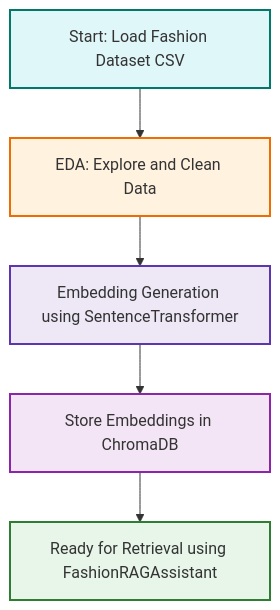
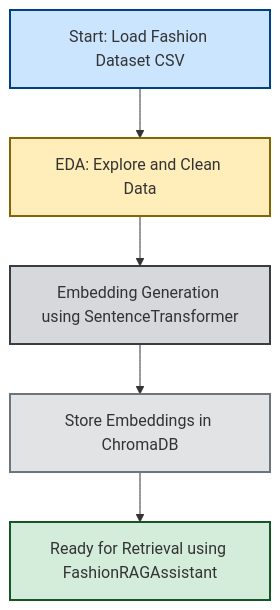
Before and after one commit to dsharma3/FashionAIRAGAssistant: the first of 2 diagrams in README.md, drawn with Mermaid. The commit also changed other lines of this file, not shown here.

````diff
--- a/README.md
+++ b/README.md
@@ -97,13 +97,13 @@
 ```mermaid
 graph TD
     A[Start: Load Fashion Dataset CSV] --> B[EDA: Explore and Clean Data]
     B --> C[Embedding Generation using SentenceTransformer]
     C --> D[Store Embeddings in ChromaDB]
     D --> E[Ready for Retrieval using FashionRAGAssistant]
 
-    style A fill:#e0f7fa,stroke:#00796b,stroke-width:2px
-    style B fill:#fff3e0,stroke:#ef6c00,stroke-width:2px
-    style C fill:#ede7f6,stroke:#5e35b1,stroke-width:2px
-    style D fill:#f3e5f5,stroke:#8e24aa,stroke-width:2px
-    style E fill:#e8f5e9,stroke:#2e7d32,stroke-width:2px
+    style A fill:#cce5ff,stroke:#004085,stroke-width:2px
+    style B fill:#ffeeba,stroke:#856404,stroke-width:2px
+    style C fill:#d6d8db,stroke:#383d41,stroke-width:2px
+    style D fill:#e2e3e5,stroke:#6c757d,stroke-width:2px
+    style E fill:#d4edda,stroke:#155724,stroke-width:2px
 ```
````
